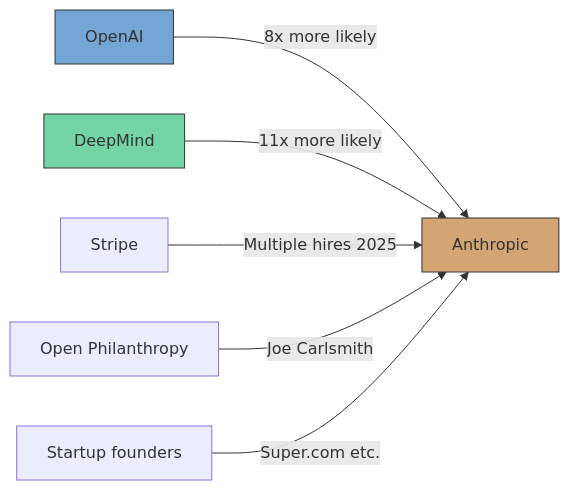
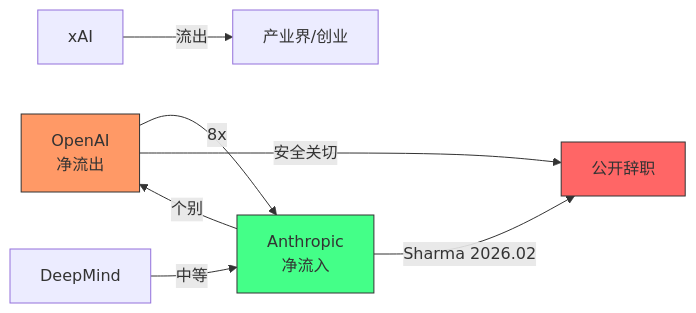
The diagram in work/research/anthropic-talent-movement.md (Shiyao-Huang/awesome-agent-evolution), drawn with Mermaid before and after one commit. The commit also changed other lines of this file and 28 other files, not shown here.

````diff
--- a/work/research/anthropic-talent-movement.md
+++ b/work/research/anthropic-talent-movement.md
@@ -101,12 +101,13 @@
 ```mermaid
 graph LR
-    OpenAI[OpenAI] -->|8x more likely| Anthropic
-    DeepMind[DeepMind] -->|11x more likely| Anthropic
-    Stripe[Stripe] -->|Multiple hires 2025| Anthropic
-    OpenPhil[Open Philanthropy] -->|Joe Carlsmith| Anthropic
-    Startup[Startup founders] -->|Super.com etc.| Anthropic
+    OAI[OpenAI<br/>净流出] -->|8x| ANT[Anthropic<br/>净流入]
+    DM[DeepMind] -->|中等| ANT
+    ANT -->|个别| OAI
+    xAI[xAI] -->|流出| IND[产业界/创业]
+    OAI -->|安全关切| RES[公开辞职]
+    ANT -->|Sharma 2026.02| RES
 
-    style Anthropic fill:#d4a574,stroke:#333
-    style OpenAI fill:#74a5d4,stroke:#333
-    style DeepMind fill:#74d4a5,stroke:#333
+    style ANT fill:#4f8,stroke:#333
+    style OAI fill:#f96,stroke:#333
+    style RES fill:#f66,stroke:#333
 ```
````
